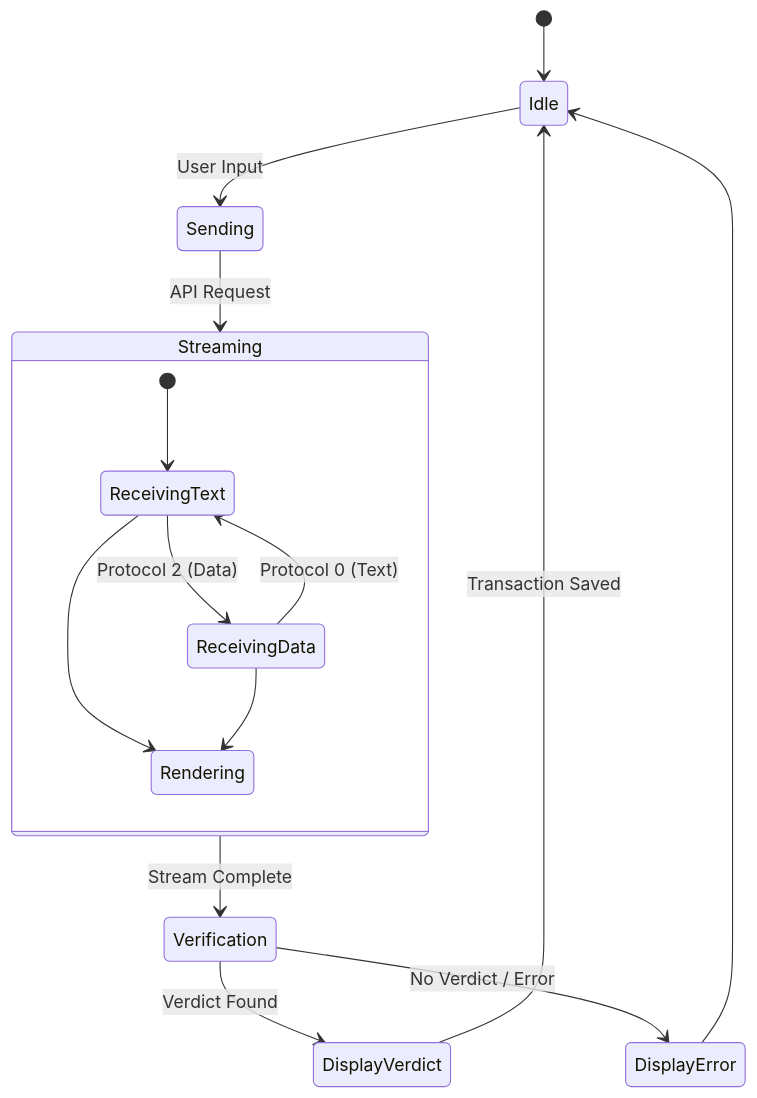
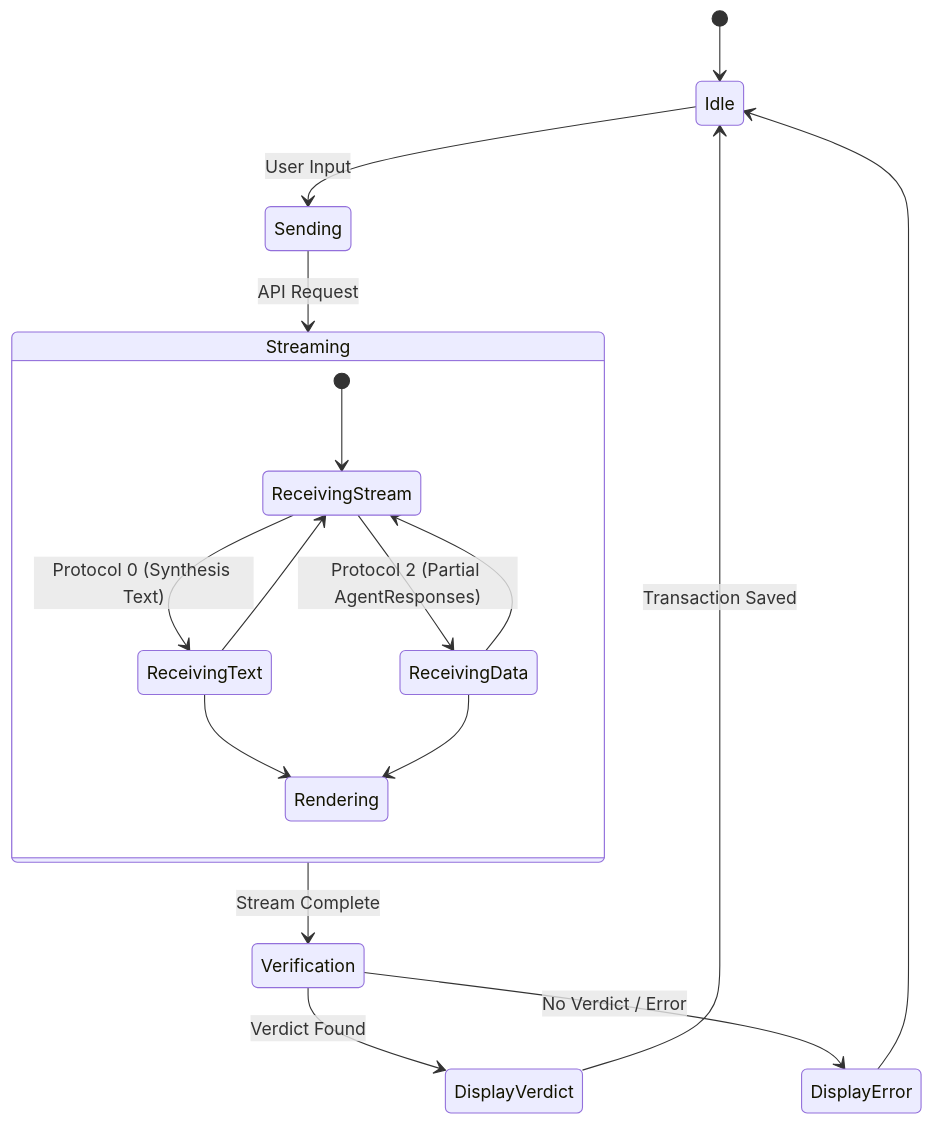
One commit to Kujo-n/maji-res changed the third of 5 diagrams in docs/design/architecture.md. Above: the diagram before and after it, drawn with Mermaid. The commit also changed other lines of this file and 1 other file, not shown here.

Commit message:
docs: update architecture and specifications for agent streaming

````diff
--- a/docs/design/architecture.md
+++ b/docs/design/architecture.md
@@ -77,21 +84,23 @@
 ```mermaid
 stateDiagram-v2
     [*] --> Idle
     Idle --> Sending: User Input
     Sending --> Streaming: API Request
     
     state Streaming {
-        [*] --> ReceivingText
-        ReceivingText --> ReceivingData: Protocol 2 (Data)
-        ReceivingData --> ReceivingText: Protocol 0 (Text)
+        [*] --> ReceivingStream
+        ReceivingStream --> ReceivingData: Protocol 2 (Partial AgentResponses)
+        ReceivingData --> ReceivingStream
+        ReceivingStream --> ReceivingText: Protocol 0 (Synthesis Text)
+        ReceivingText --> ReceivingStream
         ReceivingText --> Rendering
         ReceivingData --> Rendering
     }
     
     Streaming --> Verification: Stream Complete
     Verification --> DisplayVerdict: Verdict Found
     Verification --> DisplayError: No Verdict / Error
     
     DisplayVerdict --> Idle: Transaction Saved
     DisplayError --> Idle
 ```
````
